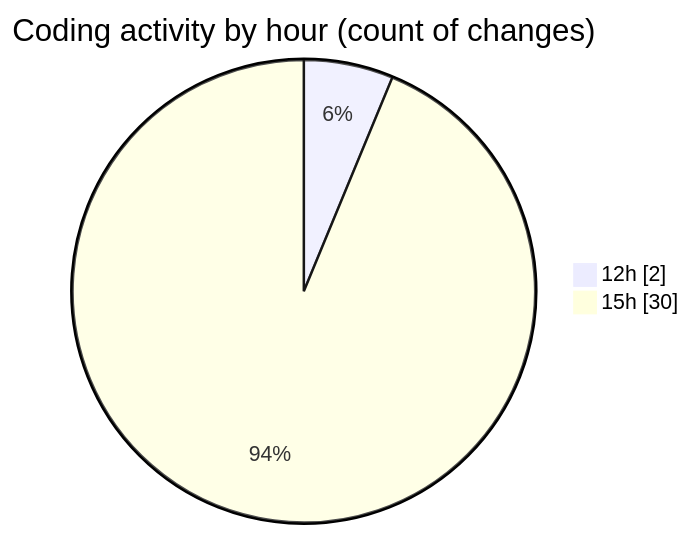
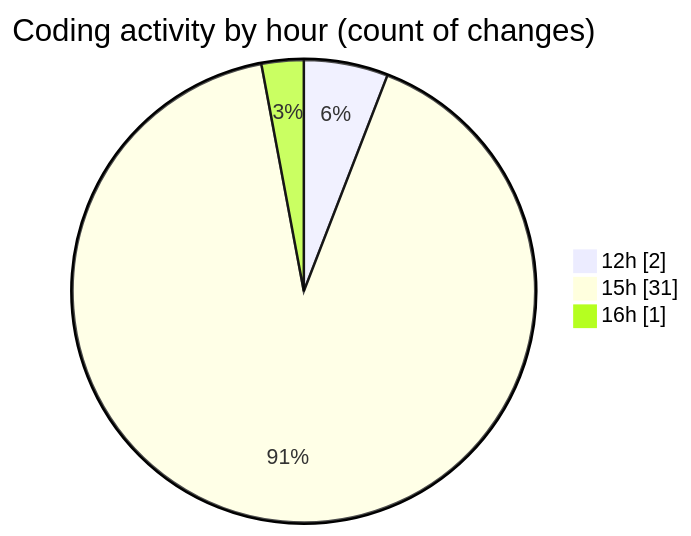
One commit to momahboobian/code-tracking changed the second of 2 diagrams in 2025-02-26/cda/README.md. Above: the diagram before and after it, drawn with Mermaid. The commit also changed other lines of this file and 1 other file, not shown here.

````diff
--- a/2025-02-26/cda/README.md
+++ b/2025-02-26/cda/README.md
@@ -40,6 +40,7 @@
 ```mermaid
 pie showData
 title Coding activity by hour (count of changes)
 "12h" : 2
-"15h" : 30
+"15h" : 31
+"16h" : 1
 ```
````
